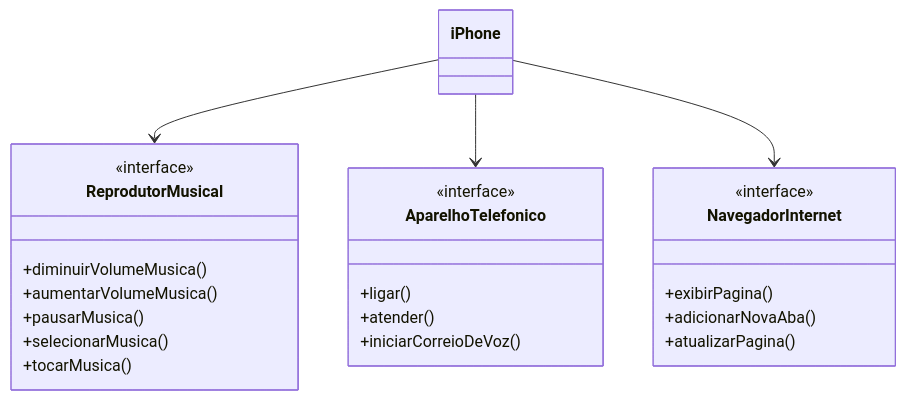
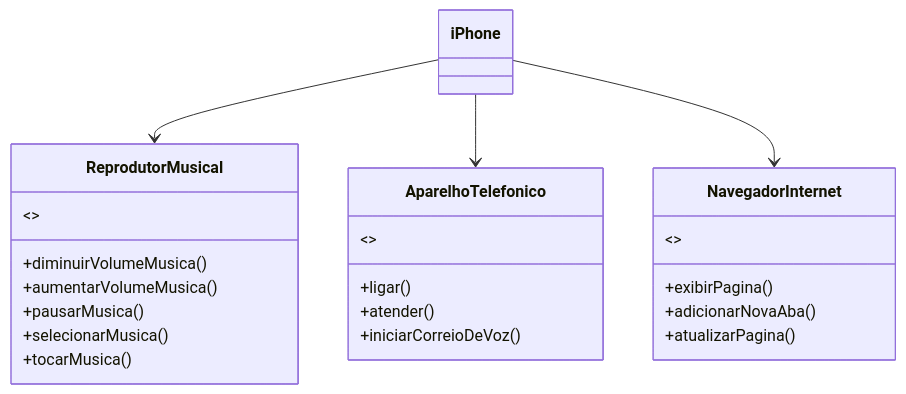
One commit to WitorDias/dio-trilha-java-desafio-uml changed the diagram in README.md. Above: the diagram before and after it, drawn with Mermaid.

Commit message:
Update README.md
aprimorando o diagrama

````diff
--- a/README.md
+++ b/README.md
@@ -4,33 +4,33 @@
 ```mermaid
 classDiagram
     class ReprodutorMusical {
         +diminuirVolumeMusica()
         +aumentarVolumeMusica()
         +pausarMusica()
         +selecionarMusica()
         +tocarMusica()
     }
 
     class AparelhoTelefonico {
         +ligar()
         +atender()
         +iniciarCorreioDeVoz()
     }
 
     class NavegadorInternet {
         +exibirPagina()
         +adicionarNovaAba()
         +atualizarPagina()
     }
 
     class iPhone {
     }
 
     iPhone --> ReprodutorMusical
     iPhone --> AparelhoTelefonico
     iPhone --> NavegadorInternet
 
-    class ReprodutorMusical <<interface>>
-    class AparelhoTelefonico <<interface>>
-    class NavegadorInternet <<interface>>
+    ReprodutorMusical : <<interface>>
+    AparelhoTelefonico : <<interface>>
+    NavegadorInternet : <<interface>>
 ```
````
